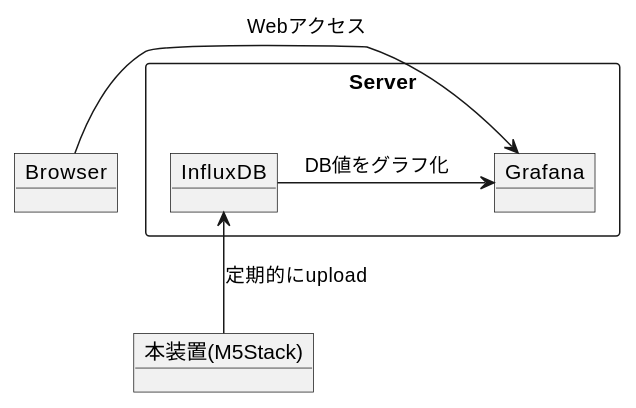
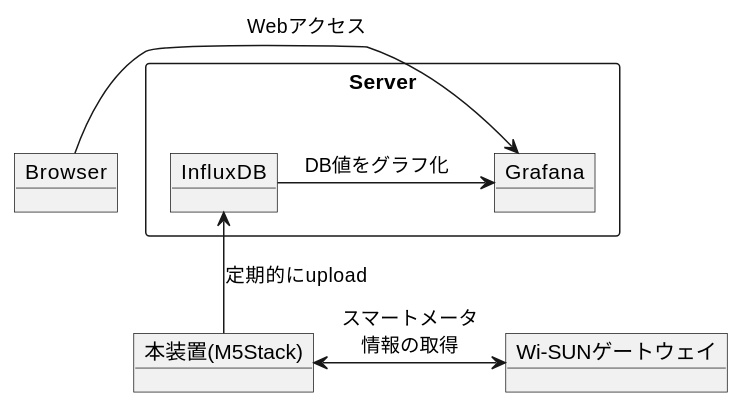
The diagram in chart.md (katsumin/HomeM5), drawn with PlantUML before and after one commit. The commit also changed 4 other files, not shown here.

````diff
--- a/chart.md
+++ b/chart.md
@@ -1,19 +1,23 @@
 ```plantuml
 
 object "Browser" as User{
 
 }
 rectangle "Server"{
   object "Grafana" as Grafana{
   }
   object "InfluxDB" as InfluxDB{
   }
 }
 object "本装置(M5Stack)" as M5Stack{
 
 }
+object "Wi-SUNゲートウェイ" as WisunGW{
+
+}
 
 User -r-> Grafana : Webアクセス
 Grafana <-l- InfluxDB : DB値をグラフ化　
 M5Stack -u-> InfluxDB : 定期的にupload
+M5Stack <-r-> WisunGW : スマートメータ\n情報の取得
 ```
````
